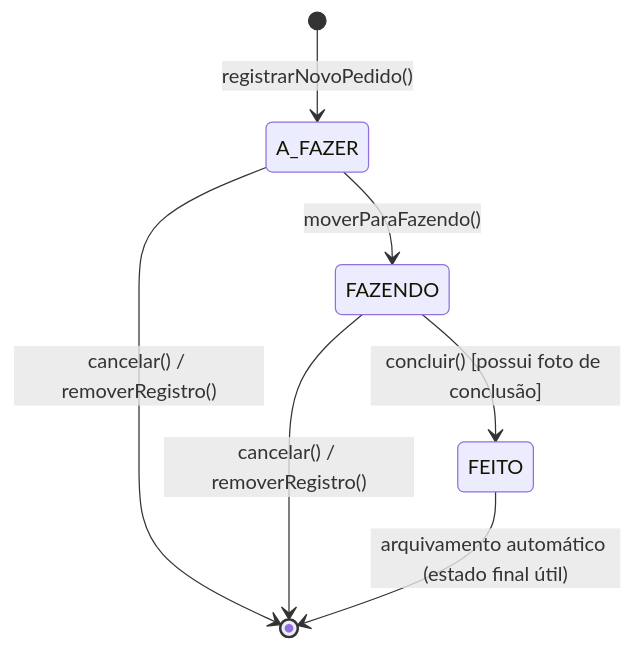
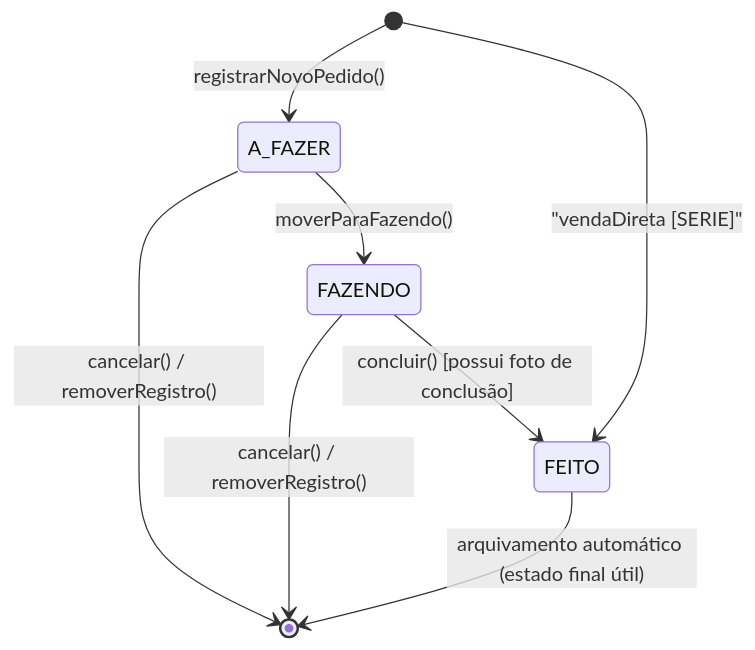
Before and after one commit to rmofilh/ate: the sixth of 15 diagrams in docs/ate-fase2.md, drawn with Mermaid. The commit also changed other lines of this file and 2 other files, not shown here.

````diff
--- a/docs/ate-fase2.md
+++ b/docs/ate-fase2.md
@@ -898,12 +939,13 @@
 ```mermaid
 stateDiagram-v2
     [*] --> A_FAZER : registrarNovoPedido()
     
     A_FAZER --> FAZENDO : moverParaFazendo()
     A_FAZER --> [*] : cancelar() / removerRegistro()
     
     FAZENDO --> FEITO : concluir() [possui foto de conclusão]
     FAZENDO --> [*] : cancelar() / removerRegistro()
+    [*] --> FEITO : "vendaDireta [SERIE]"
     
     FEITO --> [*] : arquivamento automático (estado final útil)
 ```
````
